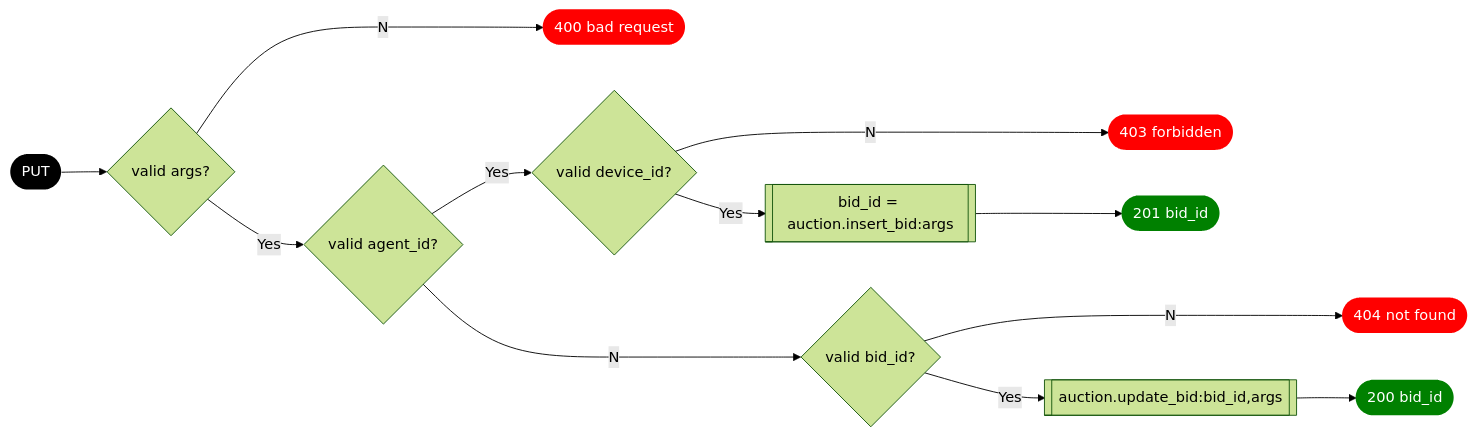
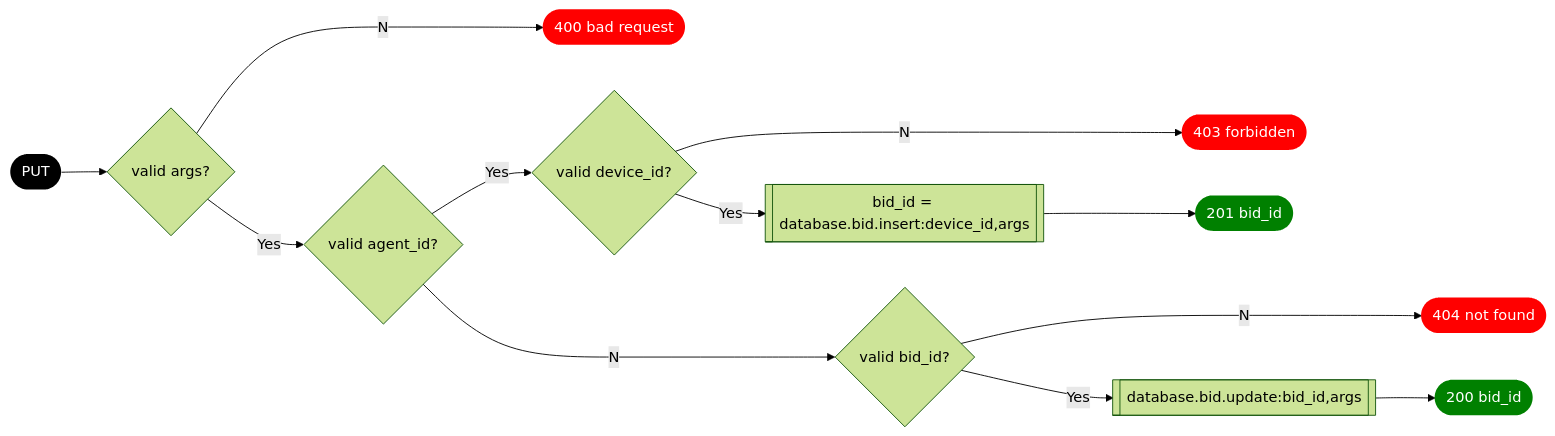
One commit to aivanova5/design changed the fourth of 7 diagrams in docs/auction.md. Above: the diagram before and after it, drawn with Mermaid (forest theme). The commit also changed other lines of this file, not shown here.

````diff
--- a/docs/auction.md
+++ b/docs/auction.md
@@ -331,18 +333,18 @@
 ```mermaid
 graph LR
   classDef start stroke-width:0px,fill:black,color:white
   classDef success fill:green,stroke-width:0px,color:white
   classDef error fill:red,stroke-width:0px,color:white
   
   enter([PUT]):::start --> valid{valid args?}
   valid --No--> bad_request([400 bad request]):::error
   valid --Yes--> new{valid agent_id?}
   new --Yes--> allowed{valid device_id?}
   allowed --No-->forbidden([403 forbidden]):::error
-  allowed --Yes--> insert_bid[[bid_id = auction.insert_bid:args]]
+  allowed --Yes--> insert_bid[[bid_id = database.bid.insert:device_id,args]]
   new --No--> exists{valid bid_id?}
   exists --No--> not_found([404 not found]):::error
-  exists --Yes--> update_bid[[auction.update_bid:bid_id,args]]
+  exists --Yes--> update_bid[[database.bid.update:bid_id,args]]
   update_bid --> OK([200 bid_id]):::success
   insert_bid --> Created([201 bid_id]):::success
 ```
````
